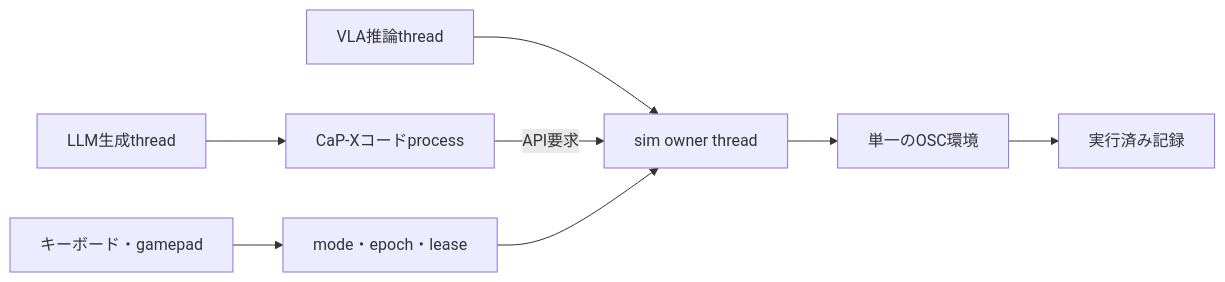
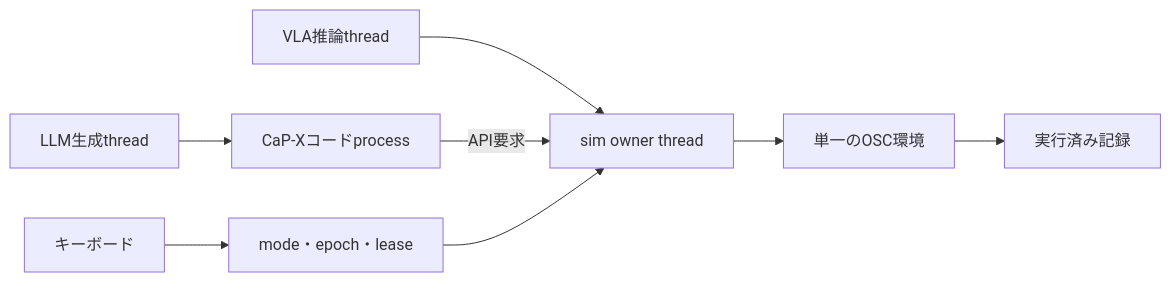
One commit to takumiecd/relay changed the diagram in docs/hybrid-console.md. Above: the diagram before and after it, drawn with Mermaid. The commit also changed other lines of this file and 8 other files, not shown here.

````diff
--- a/docs/hybrid-console.md
+++ b/docs/hybrid-console.md
@@ -87,10 +84,10 @@
 ```mermaid
 flowchart LR
     V[VLA推論thread] --> S[sim owner thread]
     L[LLM生成thread] --> C[CaP-Xコードprocess]
     C -->|API要求| S
-    H[キーボード・gamepad] --> A[mode・epoch・lease]
+    H[キーボード] --> A[mode・epoch・lease]
     A --> S
     S --> E[単一のOSC環境]
     E --> R[実行済み記録]
 ```
````
